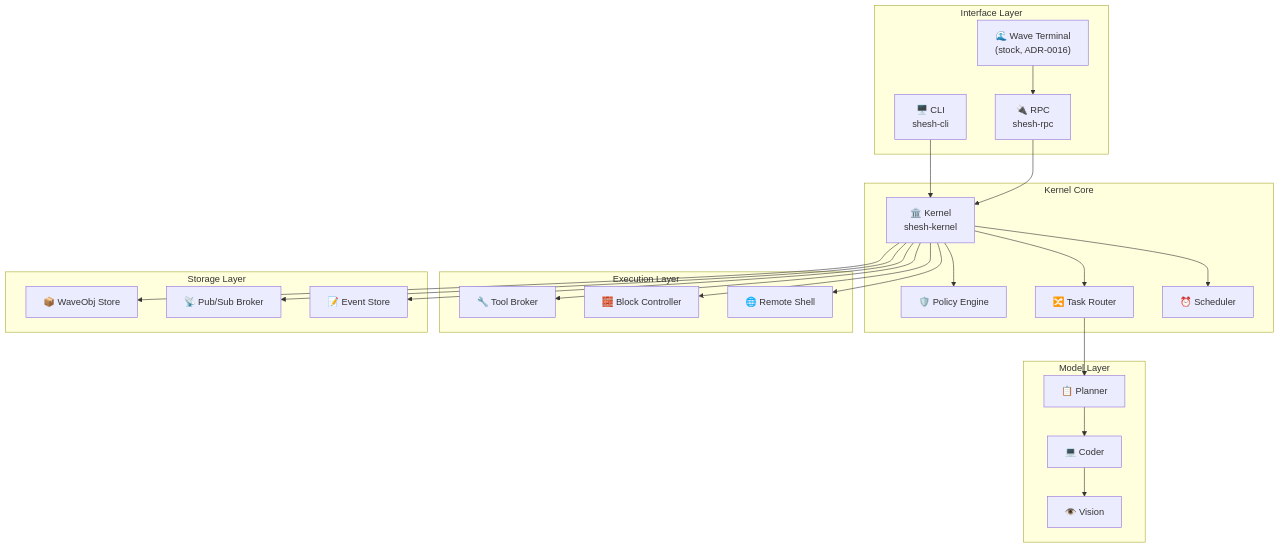
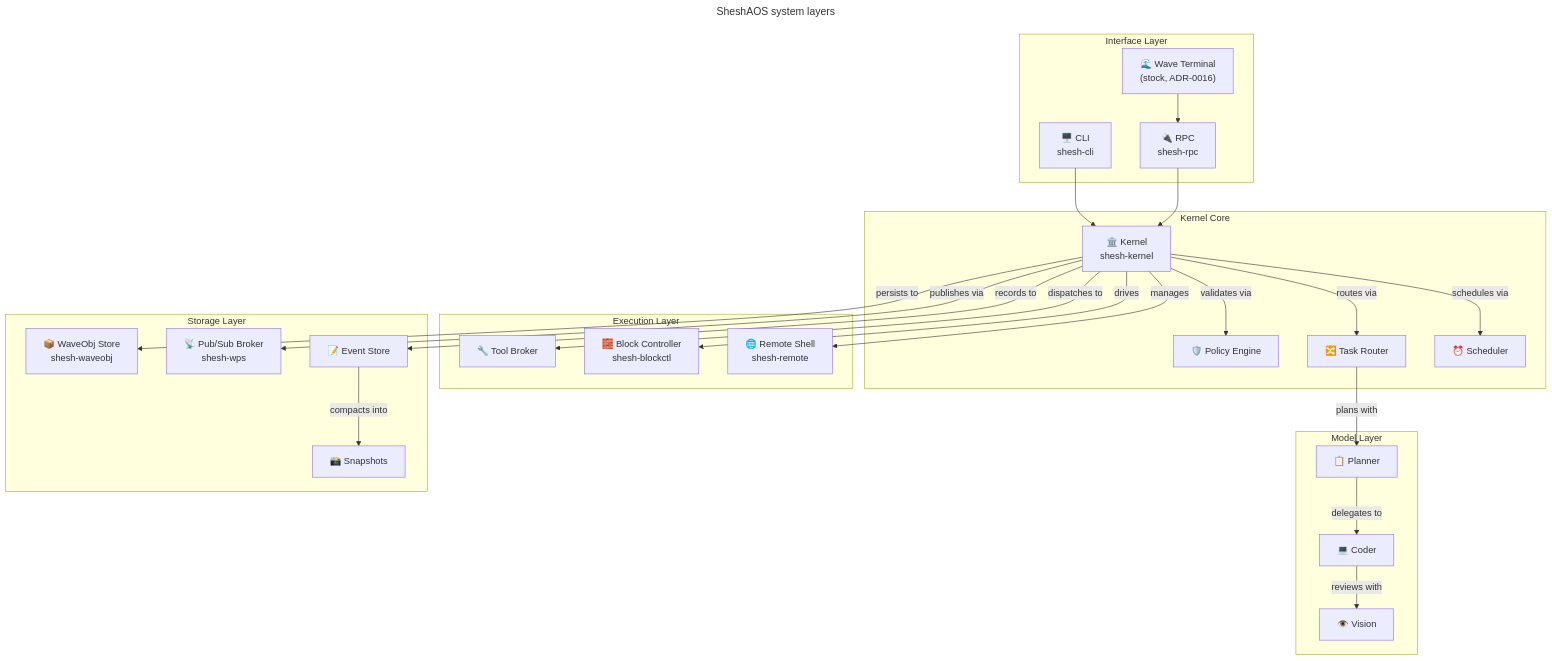
The first of 4 diagrams in README.md (gaganjainse/SheshAOS), drawn with Mermaid before and after one commit. The commit also changed other lines of this file, not shown here.

Commit message:
docs: modernize README — accurate facts, badges, current stack, updated architecture diagram

````diff
--- a/README.md
+++ b/README.md
@@ -62,53 +64,49 @@
 ```mermaid
+---
+title: SheshAOS system layers
+---
 graph TB
-    subgraph "Interface Layer"
+    subgraph interface["Interface Layer"]
         CLI["🖥️ CLI<br/>shesh-cli"]
         WAVE["🌊 Wave Terminal<br/>(stock, ADR-0016)"]
         RPC["🔌 RPC<br/>shesh-rpc"]
     end
-
-    subgraph "Kernel Core"
+    subgraph kernel["Kernel Core"]
         K["🏛️ Kernel<br/>shesh-kernel"]
         P["🛡️ Policy Engine"]
         R["🔀 Task Router"]
         S["⏰ Scheduler"]
     end
-
-    subgraph "Model Layer"
+    subgraph model["Model Layer"]
         PL["📋 Planner"]
         CO["💻 Coder"]
         VI["👁️ Vision"]
     end
-
-    subgraph "Execution Layer"
+    subgraph exec["Execution Layer"]
         T["🔧 Tool Broker"]
-        B["🧱 Block Controller"]
-        RM["🌐 Remote Shell"]
+        B["🧱 Block Controller<br/>shesh-blockctl"]
+        RM["🌐 Remote Shell<br/>shesh-remote"]
     end
-
-    subgraph "Storage Layer"
-        WO["📦 WaveObj Store"]
-        WP["📡 Pub/Sub Broker"]
+    subgraph storage["Storage Layer"]
+        WO["📦 WaveObj Store<br/>shesh-waveobj"]
+        WP["📡 Pub/Sub Broker<br/>shesh-wps"]
         ES["📝 Event Store"]
+        SN["📸 Snapshots"]
     end
-
     CLI --> K
     WAVE --> RPC
     RPC --> K
-
-    K --> P
-    K --> R
-    K --> S
-
-    R --> PL
-    PL --> CO
-    CO --> VI
-
-    K --> T
-    K --> B
-    K --> RM
-
-    K --> WO
-    K --> WP
-    K --> ES
+    K -->|validates via| P
+    K -->|routes via| R
+    K -->|schedules via| S
+    R -->|plans with| PL
+    PL -->|delegates to| CO
+    CO -->|reviews with| VI
+    K -->|dispatches to| T
+    K -->|drives| B
+    K -->|manages| RM
+    K -->|persists to| WO
+    K -->|publishes via| WP
+    K -->|records to| ES
+    ES -->|compacts into| SN
 ```
````
